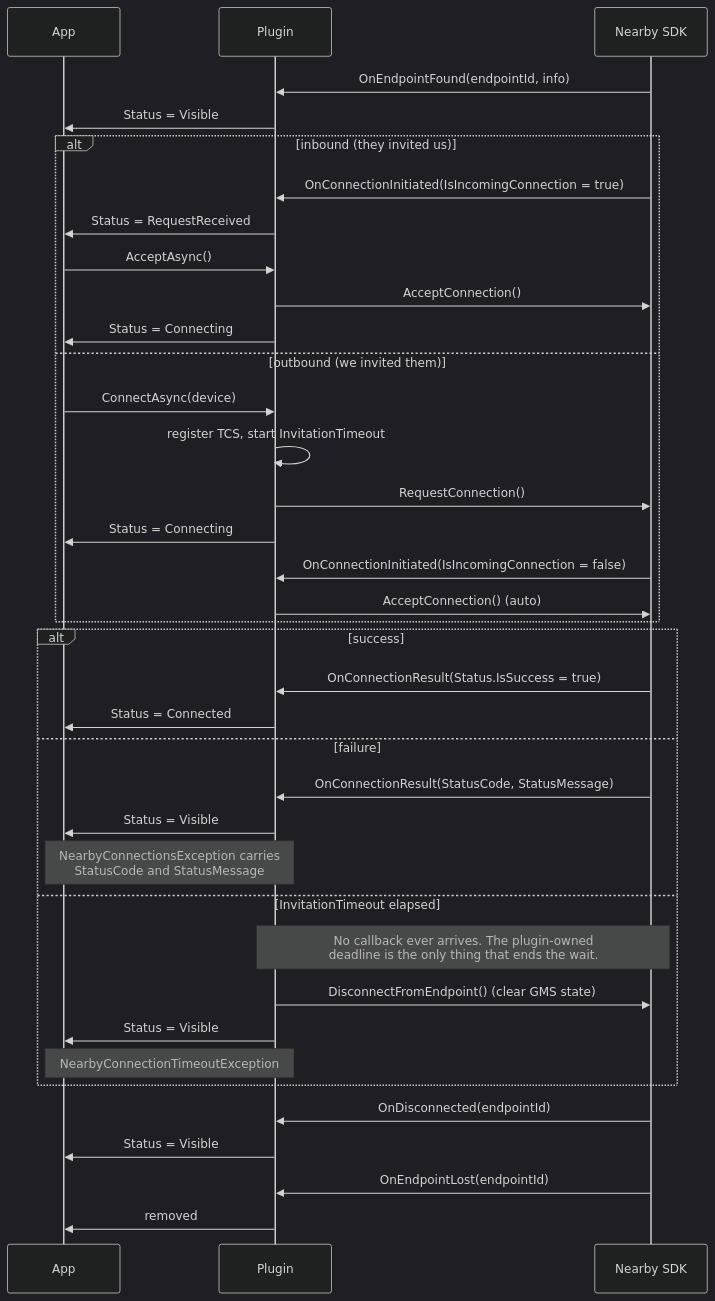
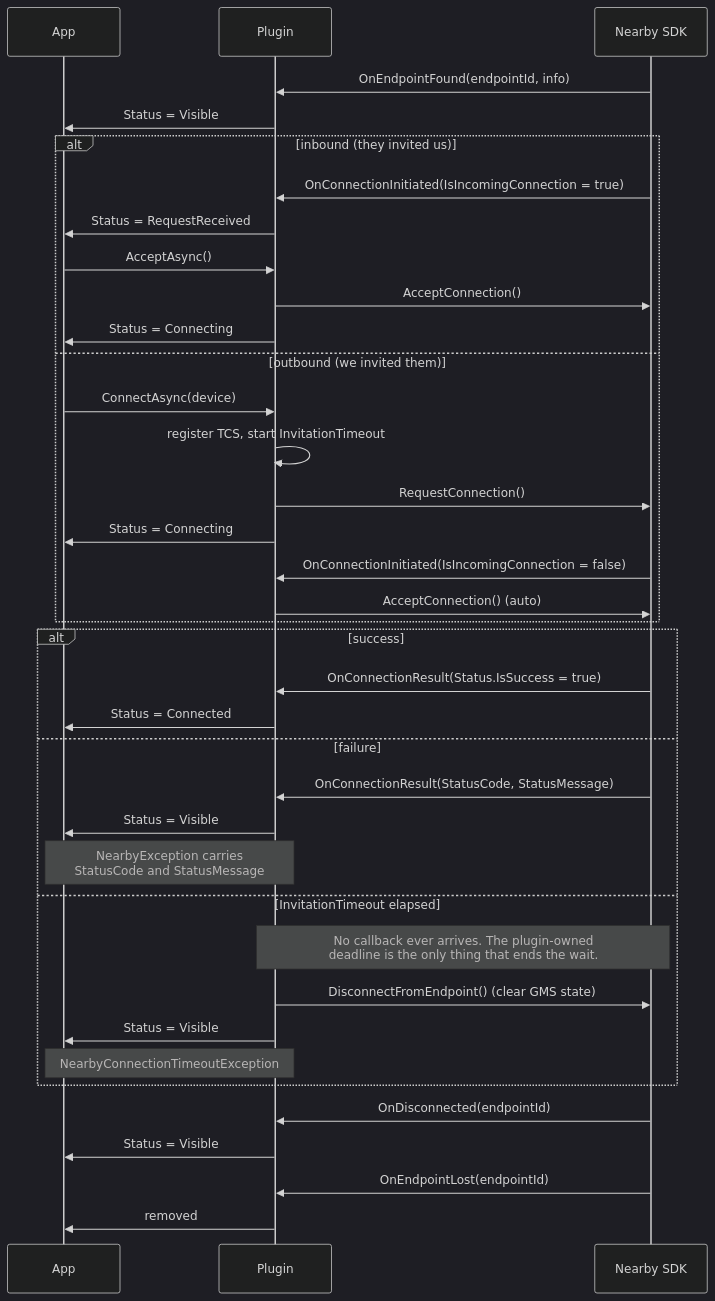
The second of 4 diagrams in docs/DEVICE-LIFECYCLE.md (phunkeler/Plugin.Maui.NearbyConnections), drawn with Mermaid (dark theme) before and after one commit. The commit also changed other lines of this file and 86 other files, not shown here.

````diff
--- a/docs/DEVICE-LIFECYCLE.md
+++ b/docs/DEVICE-LIFECYCLE.md
@@ -154,43 +154,43 @@
 ```mermaid
 sequenceDiagram
     participant A as App
     participant P as Plugin
     participant G as Nearby SDK
 
     G->>P: OnEndpointFound(endpointId, info)
     P->>A: Status = Visible
 
     alt inbound (they invited us)
         G->>P: OnConnectionInitiated(IsIncomingConnection = true)
         P->>A: Status = RequestReceived
         A->>P: AcceptAsync()
         P->>G: AcceptConnection()
         P->>A: Status = Connecting
     else outbound (we invited them)
         A->>P: ConnectAsync(device)
         P->>P: register TCS, start InvitationTimeout
         P->>G: RequestConnection()
         P->>A: Status = Connecting
         G->>P: OnConnectionInitiated(IsIncomingConnection = false)
         P->>G: AcceptConnection() (auto)
     end
 
     alt success
         G->>P: OnConnectionResult(Status.IsSuccess = true)
         P->>A: Status = Connected
     else failure
         G->>P: OnConnectionResult(StatusCode, StatusMessage)
         P->>A: Status = Visible
-        Note over P,A: NearbyConnectionsException carries<br/>StatusCode and StatusMessage
+        Note over P,A: NearbyException carries<br/>StatusCode and StatusMessage
     else InvitationTimeout elapsed
         Note over P,G: No callback ever arrives. The plugin-owned<br/>deadline is the only thing that ends the wait.
         P->>G: DisconnectFromEndpoint() (clear GMS state)
         P->>A: Status = Visible
         Note over P,A: NearbyConnectionTimeoutException
     end
 
     G->>P: OnDisconnected(endpointId)
     P->>A: Status = Visible
     G->>P: OnEndpointLost(endpointId)
     P->>A: removed
 ```
````
